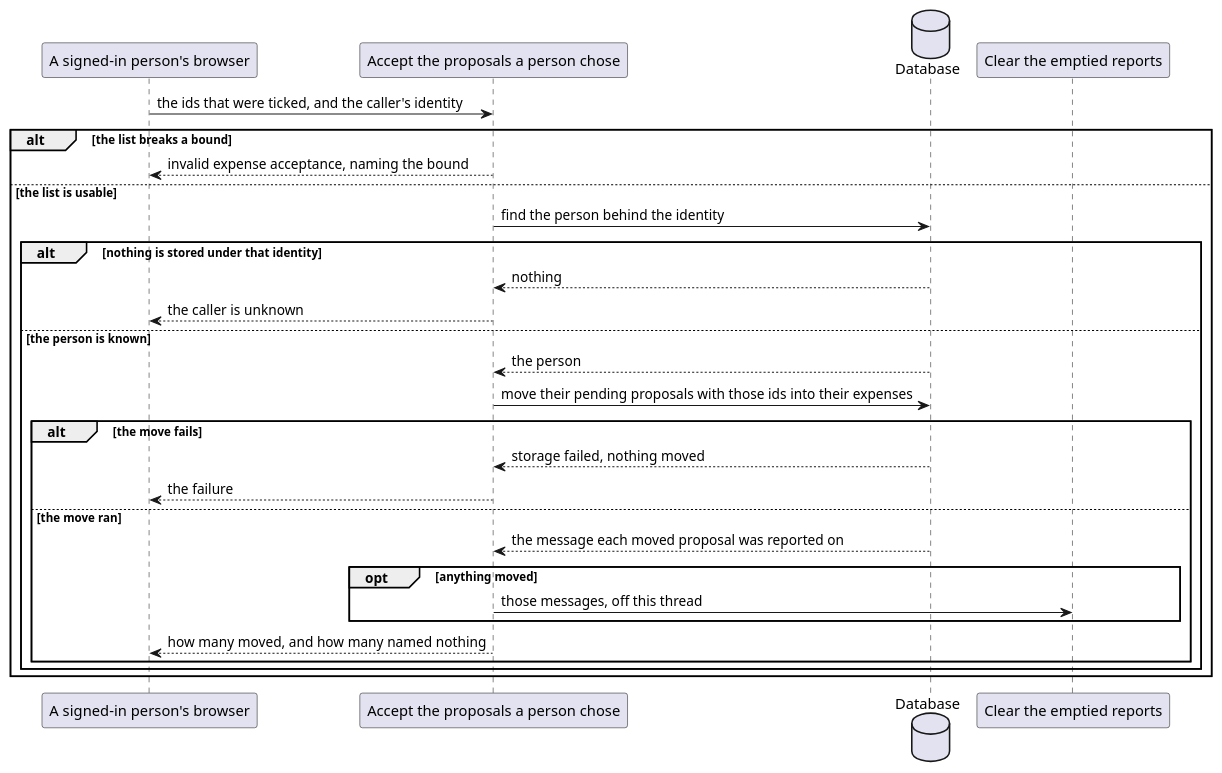
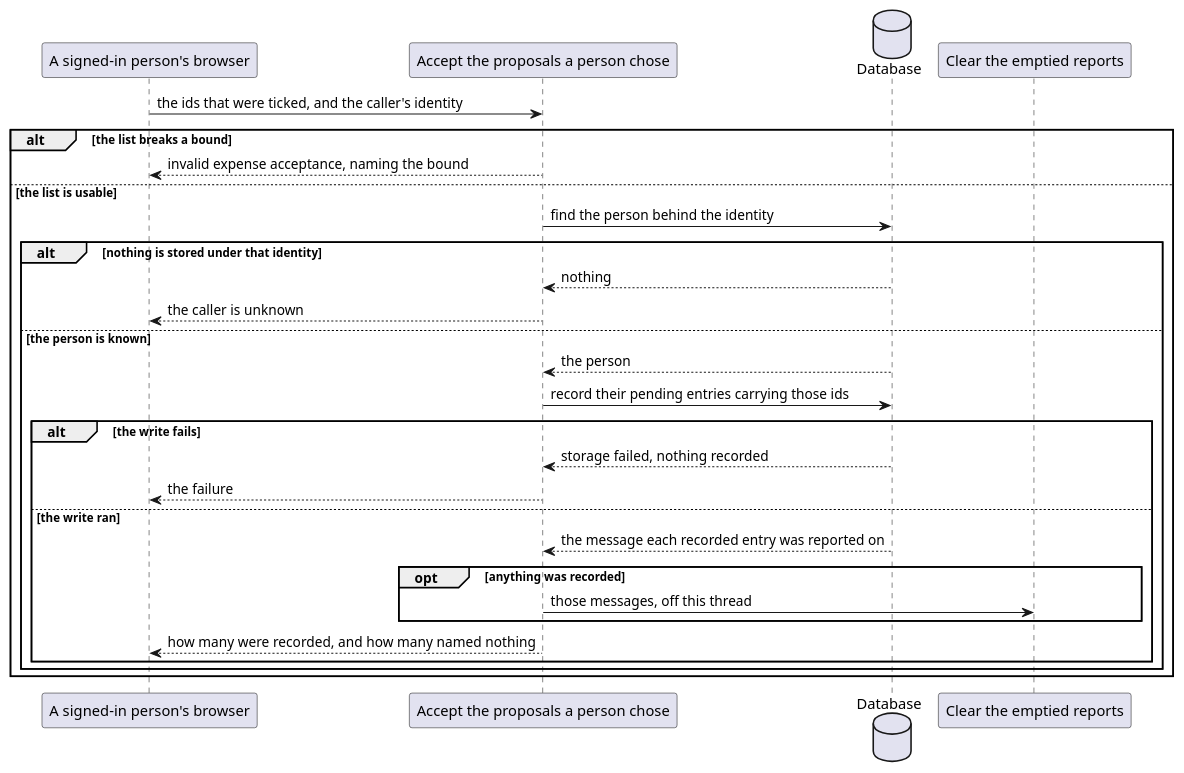
Before and after one commit to ds-usova/finance-bot: the second of 2 diagrams in ledger-service/docs/usecases/accept-chosen-proposals.md, drawn with PlantUML. The commit also changed other lines of this file and 27 other files, not shown here.

````diff
--- a/ledger-service/docs/usecases/accept-chosen-proposals.md
+++ b/ledger-service/docs/usecases/accept-chosen-proposals.md
@@ -100,33 +94,33 @@
 ```plantuml
 @startuml AcceptChosenProposals-Sequence
 participant "A signed-in person's browser" as Web
 participant "Accept the proposals a person chose" as UC
 database "Database" as DB
 participant "Clear the emptied reports" as Clearing
 
 Web -> UC : the ids that were ticked, and the caller's identity
 
 alt the list breaks a bound
   UC --> Web : invalid expense acceptance, naming the bound
 else the list is usable
   UC -> DB : find the person behind the identity
   alt nothing is stored under that identity
     DB --> UC : nothing
     UC --> Web : the caller is unknown
   else the person is known
     DB --> UC : the person
-    UC -> DB : move their pending proposals with those ids into their expenses
-    alt the move fails
-      DB --> UC : storage failed, nothing moved
+    UC -> DB : record their pending entries carrying those ids
+    alt the write fails
+      DB --> UC : storage failed, nothing recorded
       UC --> Web : the failure
-    else the move ran
-      DB --> UC : the message each moved proposal was reported on
-      opt anything moved
+    else the write ran
+      DB --> UC : the message each recorded entry was reported on
+      opt anything was recorded
         UC -> Clearing : those messages, off this thread
       end
-      UC --> Web : how many moved, and how many named nothing
+      UC --> Web : how many were recorded, and how many named nothing
     end
   end
 end
 @enduml
 ```
````
